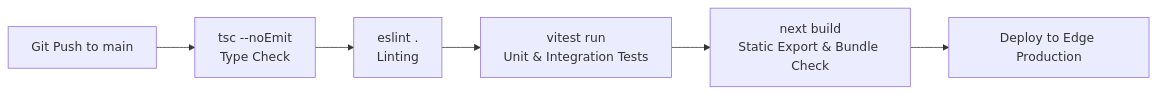
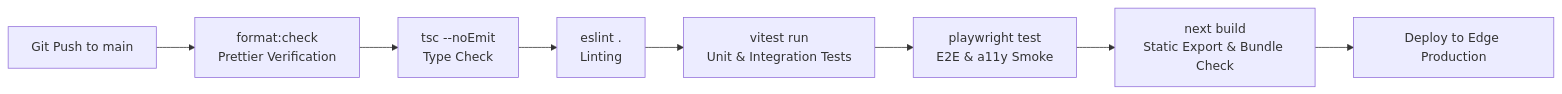
Before and after one commit to Destade0017/SwimNigeria: the diagram in docs/DEPLOYMENT_AND_OPERATIONS.md, drawn with Mermaid. The commit also changed 25 other files, not shown here.

````diff
--- a/docs/DEPLOYMENT_AND_OPERATIONS.md
+++ b/docs/DEPLOYMENT_AND_OPERATIONS.md
@@ -37,8 +37,10 @@
 ```mermaid
 graph LR
-    Push[Git Push to main] --> TypeCheck[tsc --noEmit<br/>Type Check]
+    Push[Git Push to main] --> Format[format:check<br/>Prettier Verification]
+    Format --> TypeCheck[tsc --noEmit<br/>Type Check]
     TypeCheck --> Lint[eslint .<br/>Linting]
     Lint --> Test[vitest run<br/>Unit & Integration Tests]
-    Test --> Build[next build<br/>Static Export & Bundle Check]
+    Test --> E2E[playwright test<br/>E2E & a11y Smoke]
+    E2E --> Build[next build<br/>Static Export & Bundle Check]
     Build --> Deploy[Deploy to Edge Production]
 ```
````
